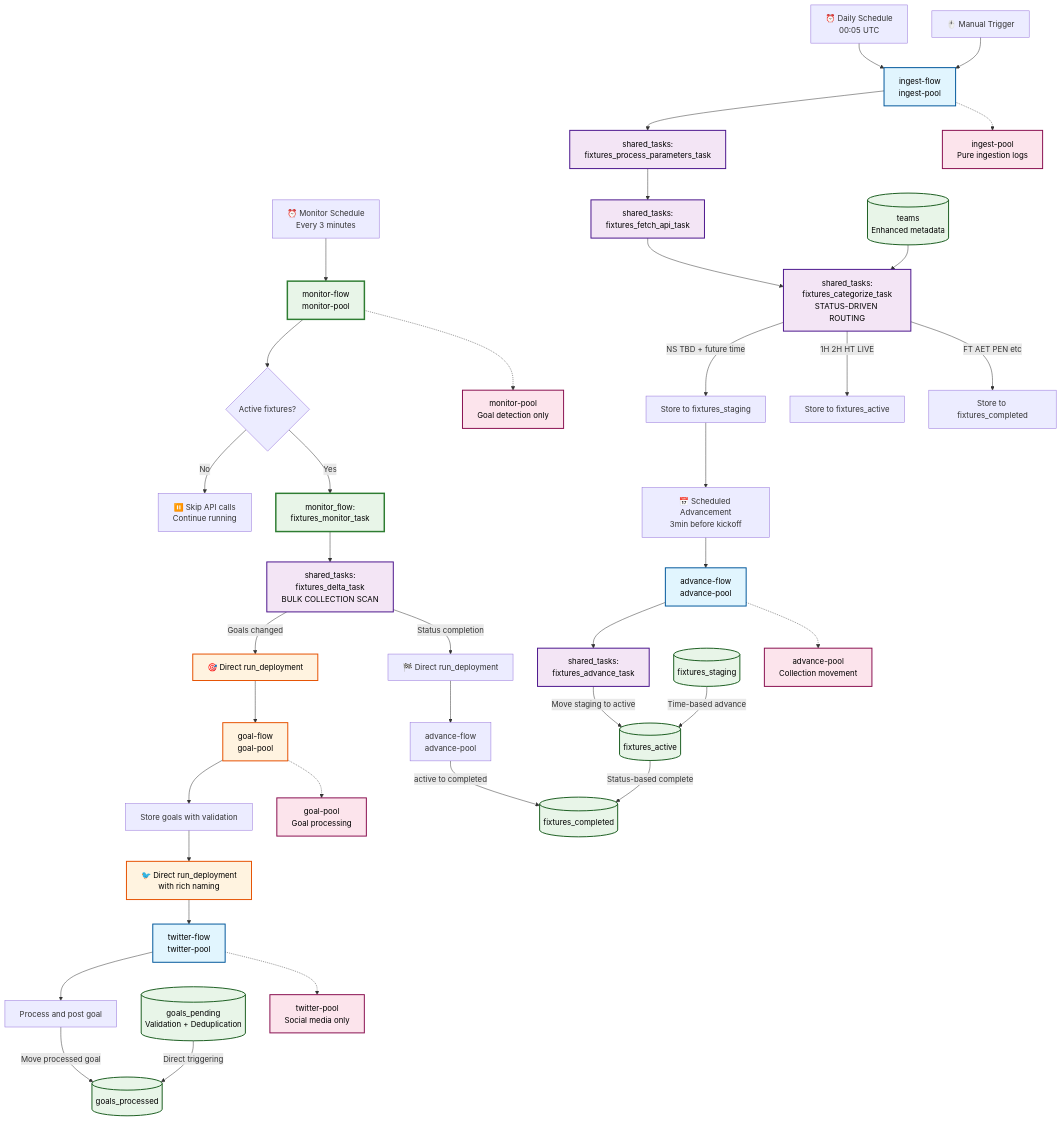
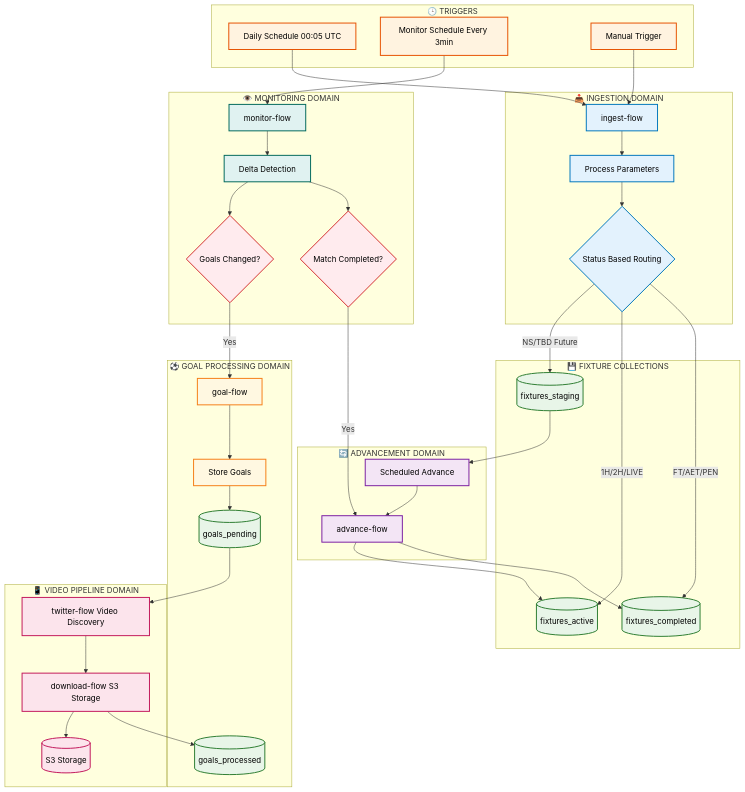
The first of 2 diagrams in README.md (vedantadhobley/found-footy), drawn with Mermaid before and after one commit. The commit also changed other lines of this file and 12 other files, not shown here.

Commit message:
First Claude update to query and store goal footage.

````diff
--- a/README.md
+++ b/README.md
@@ -21,70 +20,102 @@
 ```mermaid
 graph TB
-    %% External Triggers
-    Daily[⏰ Daily Schedule<br/>00:05 UTC] --> IF[ingest-flow<br/>ingest-pool]
-    Monitor[⏰ Monitor Schedule<br/>Every 3 minutes] --> MF[monitor-flow<br/>monitor-pool]
-    Manual[🖱️ Manual Trigger] --> IF
+    %% Triggers
+    subgraph "🕒 TRIGGERS"
+        DAILY[Daily Schedule 00:05 UTC]
+        MONITOR_SCHED[Monitor Schedule Every 3min]
+        MANUAL[Manual Trigger]
+    end
     
-    %% Ingest Flow Domain - Status-Based Routing
-    IF --> ST1[shared_tasks:<br/>fixtures_process_parameters_task]
-    ST1 --> ST2[shared_tasks:<br/>fixtures_fetch_api_task]
-    ST2 --> ST3[shared_tasks:<br/>fixtures_categorize_task<br/>STATUS-DRIVEN ROUTING]
-    ST3 --> |NS TBD + future time| STAGING[Store to fixtures_staging]
-    ST3 --> |1H 2H HT LIVE| ACTIVE[Store to fixtures_active]
-    ST3 --> |FT AET PEN etc| COMPLETED[Store to fixtures_completed]
+    %% Ingestion
+    subgraph "📥 INGESTION DOMAIN"
+        IF[ingest-flow]
+        PROCESS[Process Parameters]
+        ROUTE{Status Based Routing}
+    end
     
-    %% Advance Flow Domain
-    STAGING --> SCHED[📅 Scheduled Advancement<br/>3min before kickoff]
-    SCHED --> AF[advance-flow<br/>advance-pool]
-    AF --> ST4[shared_tasks:<br/>fixtures_advance_task]
-    ST4 --> |Move staging to active| FA[(fixtures_active)]
+    %% Storage
+    subgraph "💾 FIXTURE COLLECTIONS"
+        STAGING[(fixtures_staging)]
+        ACTIVE[(fixtures_active)]
+        COMPLETED[(fixtures_completed)]
+    end
     
-    %% Monitor Flow Domain - Dedicated Pool
-    MF --> CHECK{Active fixtures?}
-    CHECK -->|No| SKIP[⏸️ Skip API calls<br/>Continue running]
-    CHECK -->|Yes| MT[monitor_flow:<br/>fixtures_monitor_task]
-    MT --> ST5[shared_tasks:<br/>fixtures_delta_task<br/>BULK COLLECTION SCAN]
-    ST5 --> |Goals changed| GOAL_TRIGGER[🎯 Direct run_deployment]
-    ST5 --> |Status completion| COMP_TRIGGER[🏁 Direct run_deployment]
+    %% Advancement
+    subgraph "🔄 ADVANCEMENT DOMAIN"
+        SCHED_ADV[Scheduled Advance]
+        AF[advance-flow]
+    end
     
-    %% Goal Flow Domain - Direct Triggering
-    GOAL_TRIGGER --> GF[goal-flow<br/>goal-pool]
-    GF --> STORE_GOAL[Store goals with validation]
-    STORE_GOAL --> TWITTER_TRIGGER[🐦 Direct run_deployment<br/>with rich naming]
+    %% Monitoring
+    subgraph "👁️ MONITORING DOMAIN"
+        MF[monitor-flow]
+        DELTA[Delta Detection]
+        CHECK_GOALS{Goals Changed?}
+        CHECK_COMPLETE{Match Completed?}
+    end
     
-    %% Twitter Flow Domain
-    TWITTER_TRIGGER --> TF[twitter-flow<br/>twitter-pool]
-    TF --> PROCESS[Process and post goal]
-    PROCESS --> |Move processed goal| GP[(goals_processed)]
+    %% Goal Processing
+    subgraph "⚽ GOAL PROCESSING DOMAIN"
+        GF[goal-flow]
+        STORE_GOAL[Store Goals]
+        GOALS_PENDING[(goals_pending)]
+        GOALS_PROCESSED[(goals_processed)]
+    end
     
-    %% Completion Flow
-    COMP_TRIGGER --> AF2[advance-flow<br/>advance-pool]
-    AF2 --> |active to completed| FC[(fixtures_completed)]
+    %% Video Pipeline
+    subgraph "📱 VIDEO PIPELINE DOMAIN"
+        TF[twitter-flow Video Discovery]
+        DF[download-flow S3 Storage]
+        S3[(S3 Storage)]
+    end
     
-    %% Data Collections
-    FS[(fixtures_staging)] --> |Time-based advance| FA
-    FA --> |Status-based complete| FC
-    GA[(goals_pending<br/>Validation + Deduplication)] --> |Direct triggering| GP
-    TS[(teams<br/>Enhanced metadata)] --> ST3
+    %% Main Flow Connections
+    DAILY --> IF
+    MANUAL --> IF
+    IF --> PROCESS
+    PROCESS --> ROUTE
     
-    %% Worker Pool Isolation with Clear Logs
-    IF -.-> POOL1[ingest-pool<br/>Pure ingestion logs]
-    MF -.-> POOL2[monitor-pool<br/>Goal detection only]
-    AF -.-> POOL3[advance-pool<br/>Collection movement]
-    GF -.-> POOL4[goal-pool<br/>Goal processing]
-    TF -.-> POOL5[twitter-pool<br/>Social media only]
+    ROUTE -->|NS/TBD Future| STAGING
+    ROUTE -->|1H/2H/LIVE| ACTIVE
+    ROUTE -->|FT/AET/PEN| COMPLETED
     
-    classDef ingest fill:#e1f5fe,stroke:#01579b,stroke-width:2px,color:#000
-    classDef monitor fill:#e8f5e8,stroke:#2e7d32,stroke-width:3px,color:#000
-    classDef goal fill:#fff3e0,stroke:#e65100,stroke-width:2px,color:#000
-    classDef shared fill:#f3e5f5,stroke:#4a148c,stroke-width:2px,color:#000
-    classDef collection fill:#e8f5e8,stroke:#1b5e20,stroke-width:2px,color:#000
-    classDef pool fill:#fce4ec,stroke:#880e4f,stroke-width:2px,color:#000
+    STAGING --> SCHED_ADV
+    SCHED_ADV --> AF
+    AF --> ACTIVE
     
-    class IF,AF,TF ingest
-    class MF,MT monitor
-    class GF,TWITTER_TRIGGER,GOAL_TRIGGER goal
-    class ST1,ST2,ST3,ST4,ST5 shared
-    class FS,FA,FC,GA,GP,TS collection
-    class POOL1,POOL2,POOL3,POOL4,POOL5 pool
+    MONITOR_SCHED --> MF
+    MF --> DELTA
+    DELTA --> CHECK_GOALS
+    DELTA --> CHECK_COMPLETE
+    
+    CHECK_GOALS -->|Yes| GF
+    CHECK_COMPLETE -->|Yes| AF
+    
+    GF --> STORE_GOAL
+    STORE_GOAL --> GOALS_PENDING
+    GOALS_PENDING --> TF
+    TF --> DF
+    DF --> S3
+    DF --> GOALS_PROCESSED
+    
+    AF --> COMPLETED
+    
+    %% Styling - BLACK TEXT ON LIGHT BACKGROUNDS, WHITE TEXT ON DARK
+    classDef trigger fill:#fff3e0,stroke:#e65100,stroke-width:2px,color:#000000
+    classDef ingest fill:#e3f2fd,stroke:#0277bd,stroke-width:2px,color:#000000
+    classDef storage fill:#e8f5e8,stroke:#2e7d32,stroke-width:2px,color:#000000
+    classDef advance fill:#f3e5f5,stroke:#7b1fa2,stroke-width:2px,color:#000000
+    classDef monitor fill:#e0f2f1,stroke:#00695c,stroke-width:2px,color:#000000
+    classDef goal fill:#fff8e1,stroke:#f57f17,stroke-width:2px,color:#000000
+    classDef video fill:#fce4ec,stroke:#c2185b,stroke-width:2px,color:#000000
+    classDef decision fill:#ffebee,stroke:#d32f2f,stroke-width:2px,color:#000000
+    
+    class DAILY,MONITOR_SCHED,MANUAL trigger
+    class IF,PROCESS,ROUTE ingest
+    class STAGING,ACTIVE,COMPLETED,GOALS_PENDING,GOALS_PROCESSED storage
+    class SCHED_ADV,AF advance
+    class MF,DELTA monitor
+    class GF,STORE_GOAL goal
+    class TF,DF,S3 video
+    class CHECK_GOALS,CHECK_COMPLETE decision
 ```
````
